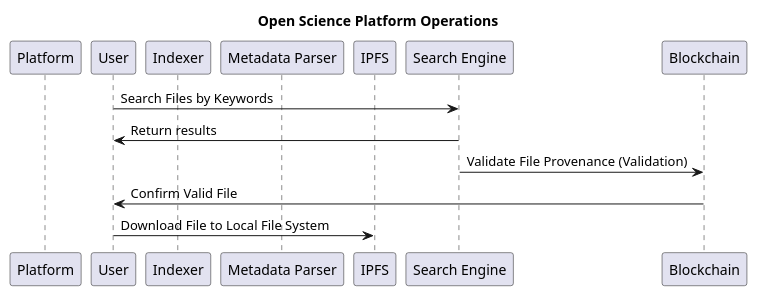
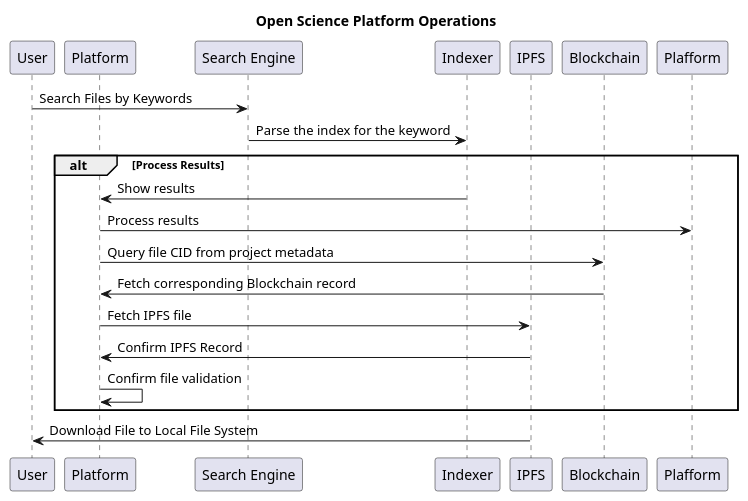
The diagram in diagrams/plantUML/operations_2.wsd (OliveiraEdu/d-OSP), drawn with PlantUML before and after one commit. The commit also changed 1 other file, not shown here.

```diff
--- a/diagrams/plantUML/operations_2.wsd
+++ b/diagrams/plantUML/operations_2.wsd
@@ -1,19 +1,33 @@
 @startuml
 
 title Open Science Platform Operations
 
+participant User as "User"
 participant Platform as "Platform"
-participant User as "User"
+participant SE as "Search Engine"
 participant Indexer as "Indexer"
-participant Parser as "Metadata Parser"
 participant IPFS as "IPFS"
-participant SE as "Search Engine"
 participant Blockchain as "Blockchain"
 
 User -> SE: Search Files by Keywords
-SE -> User: Return results
-SE -> Blockchain: Validate File Provenance (Validation)
-Blockchain -> User: Confirm Valid File
-User -> IPFS: Download File to Local File System
+SE -> Indexer: Parse the index for the keyword
+
+
+alt Process Results
+    Indexer -> Platform: Show results
+
+    Platform -> Plafform: Process results
+
+    Platform -> Blockchain: Query file CID from project metadata
+    Blockchain -> Platform: Fetch corresponding Blockchain record
+
+    Platform -> IPFS: Fetch IPFS file
+    IPFS -> Platform: Confirm IPFS Record
+
+    Platform -> Platform: Confirm file validation
+
+end
+
+IPFS -> User: Download File to Local File System
 
 @enduml
```
